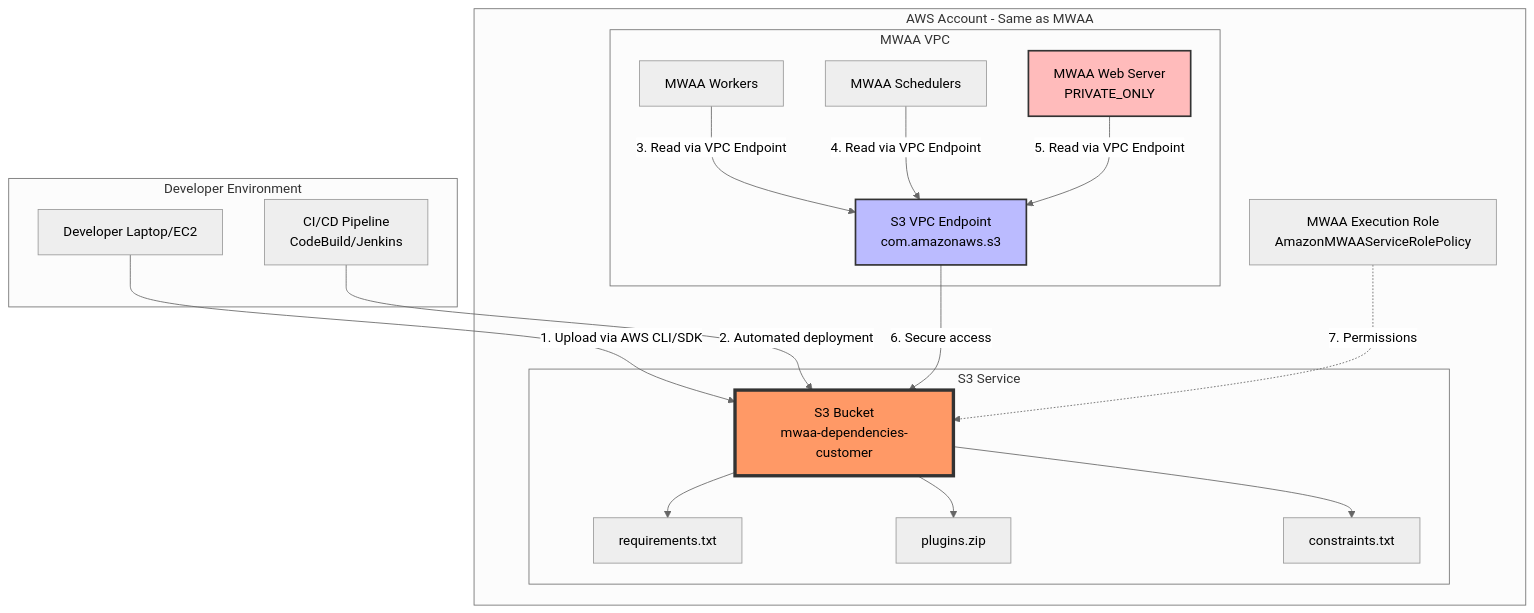
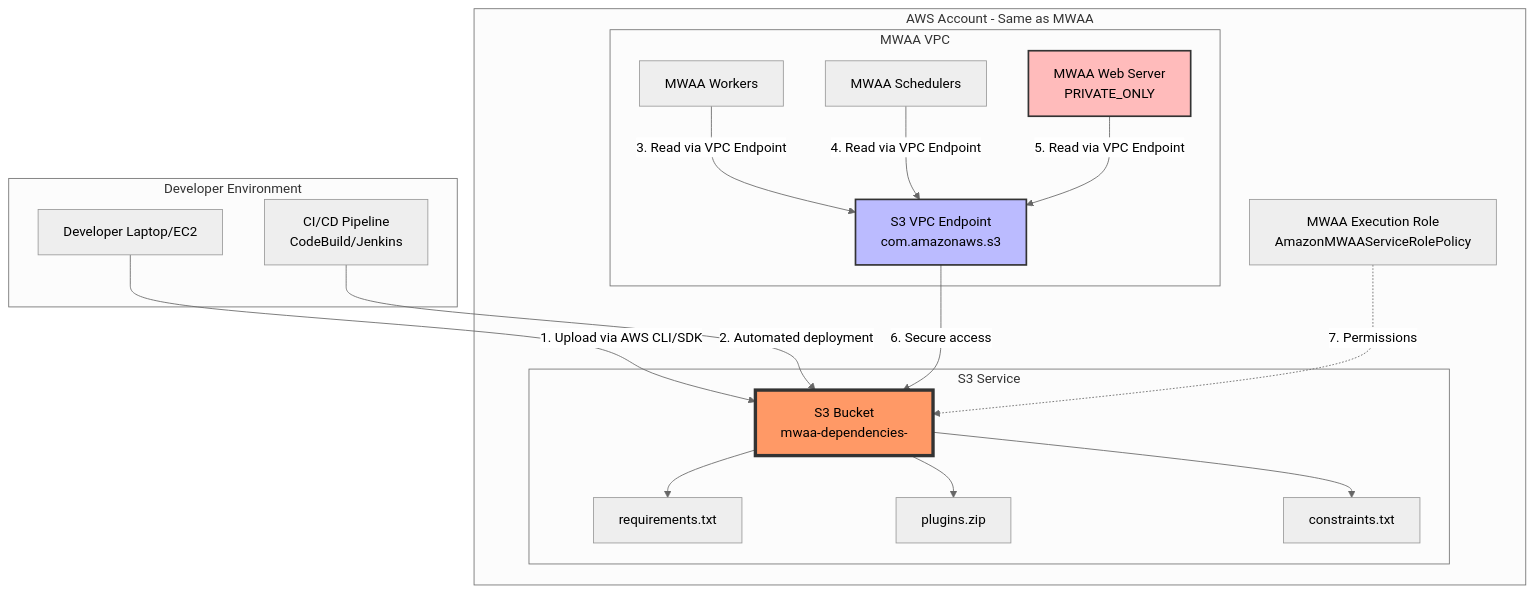
One commit to demoq-demo/mwaa changed the second of 12 diagrams in README.md. Above: the diagram before and after it, drawn with Mermaid (neutral theme). The commit also changed other lines of this file, not shown here.

````diff
--- a/README.md
+++ b/README.md
@@ -39,42 +39,42 @@
 ```mermaid
 graph TB
     subgraph "Developer Environment"
         DEV[Developer Laptop/EC2]
         CICD[CI/CD Pipeline<br/>CodeBuild/Jenkins]
     end
     
     subgraph "AWS Account - Same as MWAA"
         subgraph "MWAA VPC"
             MW[MWAA Workers]
             MS[MWAA Schedulers]
             MWS[MWAA Web Server<br/>PRIVATE_ONLY]
             S3VPE[S3 VPC Endpoint<br/>com.amazonaws.s3]
         end
         
         subgraph "S3 Service"
-            S3[S3 Bucket<br/>mwaa-dependencies-customer]
+            S3[S3 Bucket<br/>mwaa-dependencies-<company>]
             REQ[requirements.txt]
             PLUG[plugins.zip]
             CONST[constraints.txt]
         end
         
         IAM[MWAA Execution Role<br/>AmazonMWAAServiceRolePolicy]
     end
     
     DEV -->|1. Upload via AWS CLI/SDK| S3
     CICD -->|2. Automated deployment| S3
     S3 --> REQ
     S3 --> PLUG
     S3 --> CONST
     
     MW -->|3. Read via VPC Endpoint| S3VPE
     MS -->|4. Read via VPC Endpoint| S3VPE
     MWS -->|5. Read via VPC Endpoint| S3VPE
     S3VPE -->|6. Secure access| S3
     
     IAM -.->|7. Permissions| S3
     
     style S3 fill:#f96,stroke:#333,stroke-width:4px
     style S3VPE fill:#bbf,stroke:#333,stroke-width:2px
     style MWS fill:#fbb,stroke:#333,stroke-width:2px
 ```
````
